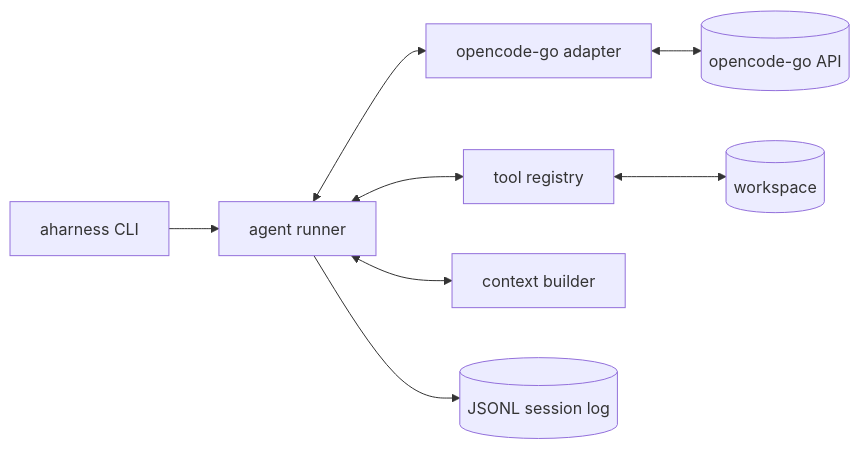
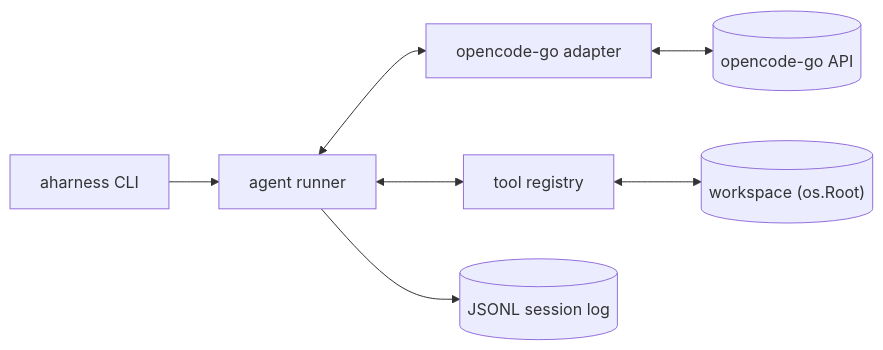
Before and after one commit to eddiectc/aharness: the diagram in docs/v0-build.md, drawn with Mermaid. The commit also changed other lines of this file and 2 other files, not shown here.

````diff
--- a/docs/v0-build.md
+++ b/docs/v0-build.md
@@ -113,10 +149,9 @@
 ```mermaid
 flowchart LR
   cli["aharness CLI"] --> runner["agent runner"]
   runner <--> model["opencode-go adapter"]
   runner <--> tools["tool registry"]
-  runner <--> context["context builder"]
   runner --> session[("JSONL session log")]
-  tools <--> workspace[("workspace")]
+  tools <--> workspace[("workspace (os.Root)")]
   model <--> api[(opencode-go API)]
 ```
````
